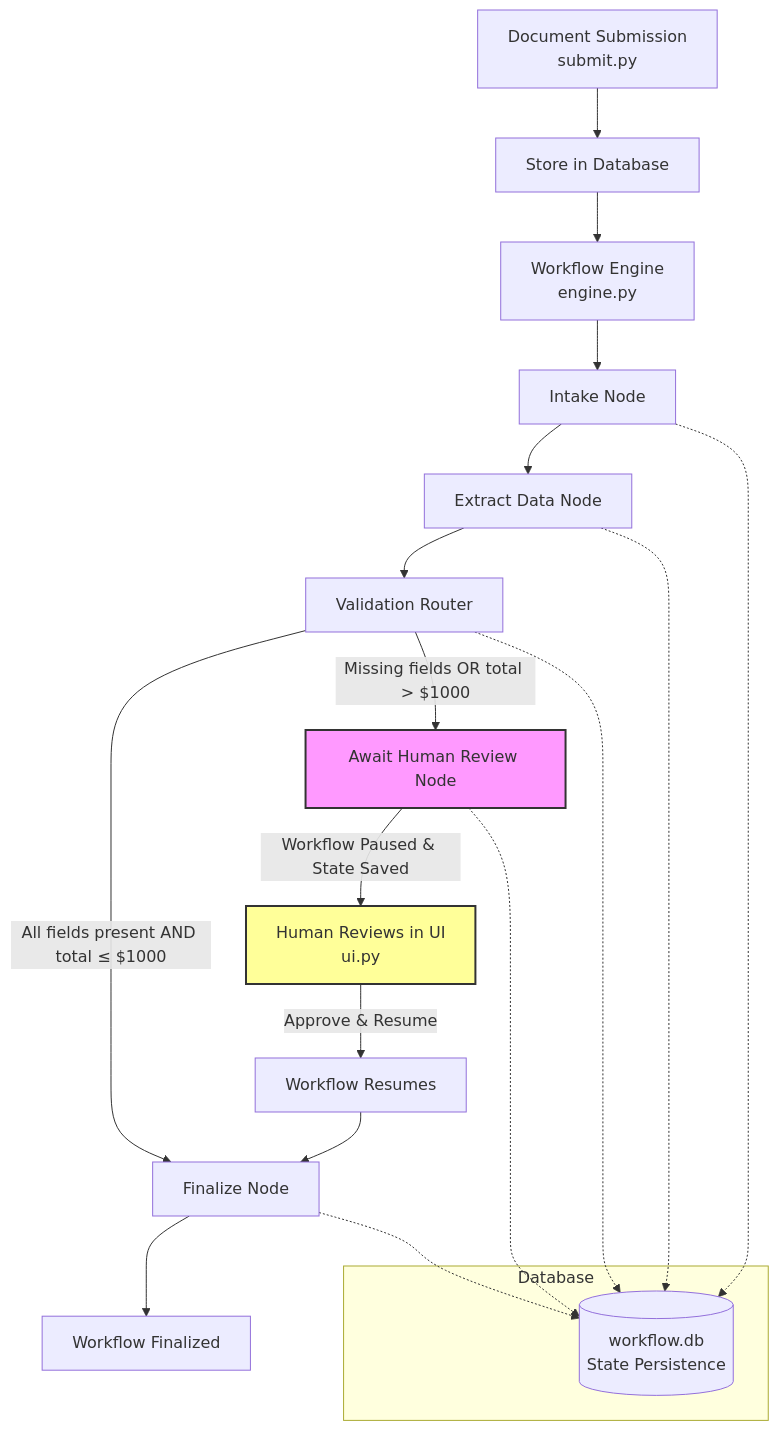
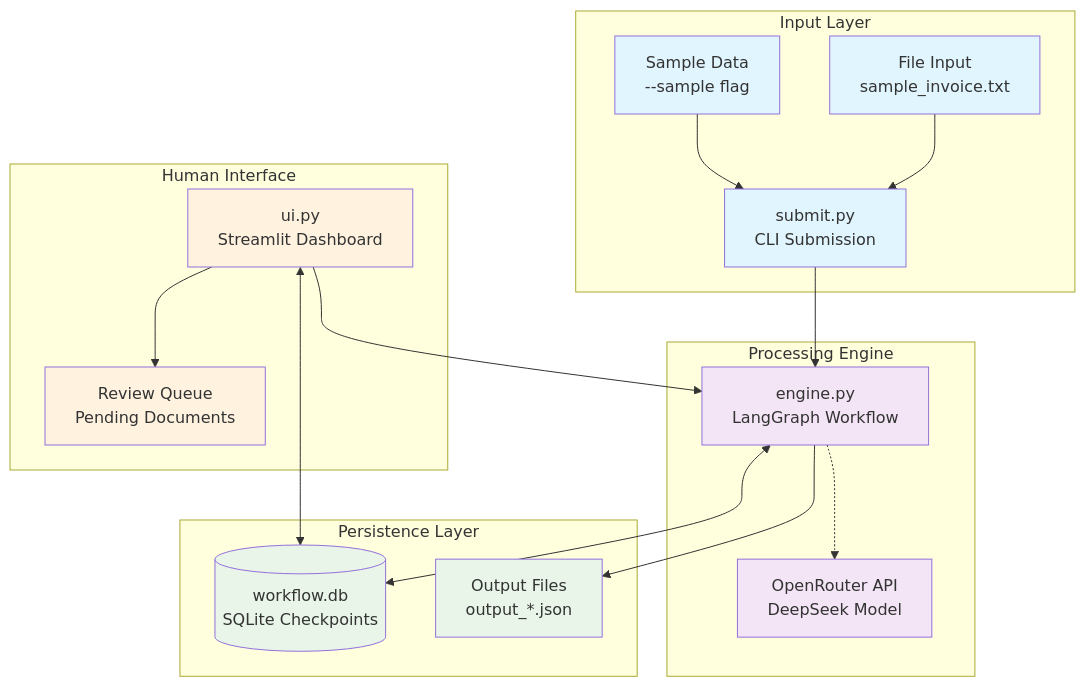
One commit to cimulink/ai-workflow-engine changed the first of 5 diagrams in README.md. Above: the diagram before and after it, drawn with Mermaid. The commit also changed other lines of this file and 25 other files, not shown here.

````diff
--- a/README.md
+++ b/README.md
@@ -140,27 +78,45 @@
 ```mermaid
-graph TD
-    A[Document Submission<br/>submit.py] --> B[Store in Database]
-    B --> C[Workflow Engine<br/>engine.py]
-    C --> D[Intake Node]
-    D --> E[Extract Data Node]
-    E --> F[Validation Router]
-    F -->|All fields present AND total ≤ $1000| G[Finalize Node]
-    F -->|Missing fields OR total > $1000| H[Await Human Review Node]
-    H -->|Workflow Paused & State Saved| I[Human Reviews in UI<br/>ui.py]
-    I -->|Approve & Resume| J[Workflow Resumes]
-    J --> G
-    G --> K[Workflow Finalized]
-    
-    subgraph Database
-        L[(workflow.db<br/>State Persistence)]
+graph TB
+    subgraph "Input Layer"
+        CLI[submit.py<br/>CLI Submission]
+        FILE[File Input<br/>sample_invoice.txt]
+        SAMPLE[Sample Data<br/>--sample flag]
     end
     
-    D -.-> L
-    E -.-> L
-    F -.-> L
-    G -.-> L
-    H -.-> L
+    subgraph "Processing Engine"
+        ENGINE[engine.py<br/>LangGraph Workflow]
+        OPENROUTER[OpenRouter API<br/>DeepSeek Model]
+        ENGINE -.-> OPENROUTER
+    end
     
-    style H fill:#f9f,stroke:#333,stroke-width:2px
-    style I fill:#ff9,stroke:#333,stroke-width:2px
+    subgraph "Persistence Layer"
+        DB[(workflow.db<br/>SQLite Checkpoints)]
+        FILES[Output Files<br/>output_*.json]
+    end
+    
+    subgraph "Human Interface"
+        UI[ui.py<br/>Streamlit Dashboard]
+        QUEUE[Review Queue<br/>Pending Documents]
+        UI --> QUEUE
+    end
+    
+    CLI --> ENGINE
+    FILE --> CLI
+    SAMPLE --> CLI
+    
+    ENGINE <--> DB
+    ENGINE --> FILES
+    
+    UI <--> DB
+    UI --> ENGINE
+    
+    classDef input fill:#e1f5fe
+    classDef processing fill:#f3e5f5
+    classDef storage fill:#e8f5e8
+    classDef interface fill:#fff3e0
+    
+    class CLI,FILE,SAMPLE input
+    class ENGINE,OPENROUTER processing
+    class DB,FILES storage
+    class UI,QUEUE interface
 ```
````
